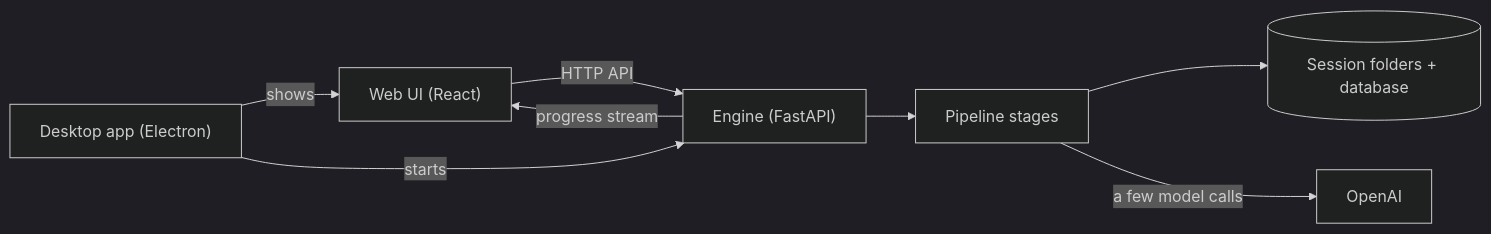
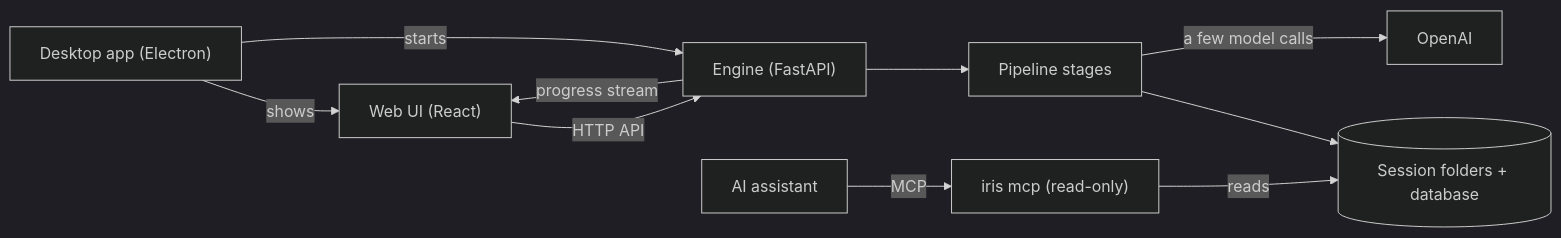
Before and after one commit to Jho0413/Iris-notetaker: the diagram in docs/overview.md, drawn with Mermaid (dark theme). The commit also changed other lines of this file and 4 other files, not shown here.

Commit message:
docs(docs): explain the mcp server and how to connect an assistant

````diff
--- a/docs/overview.md
+++ b/docs/overview.md
@@ -23,10 +23,12 @@
 ```mermaid
 flowchart LR
   UI["Web UI (React)"] -->|HTTP API| Engine["Engine (FastAPI)"]
   Engine -->|progress stream| UI
   Engine --> Pipeline[Pipeline stages]
   Pipeline --> Folder[("Session folders + database")]
   Pipeline -->|a few model calls| OpenAI
   App["Desktop app (Electron)"] -->|shows| UI
   App -->|starts| Engine
+  Assistant["AI assistant"] -->|MCP| MCP["iris mcp (read-only)"]
+  MCP -->|reads| Folder
 ```
````
